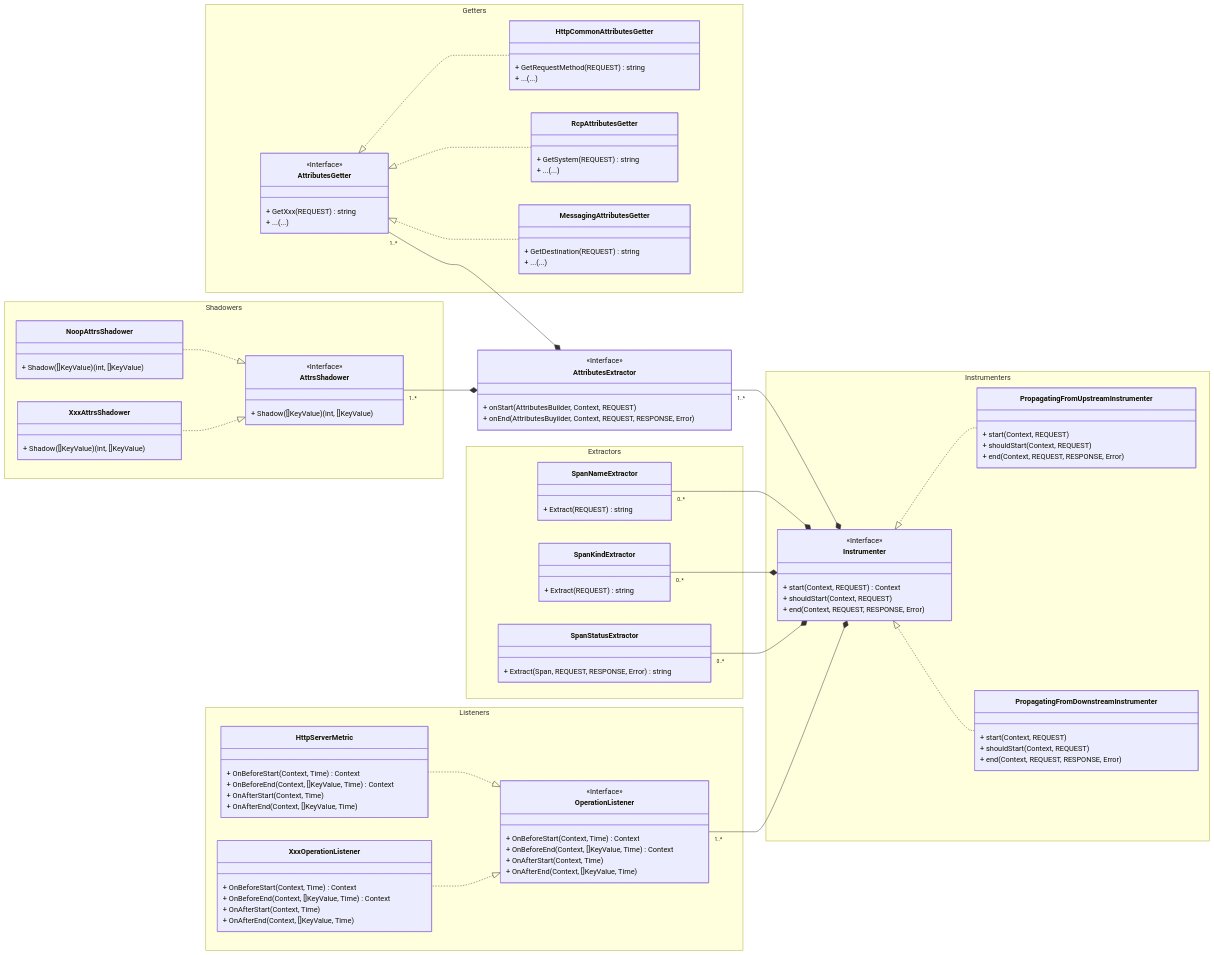
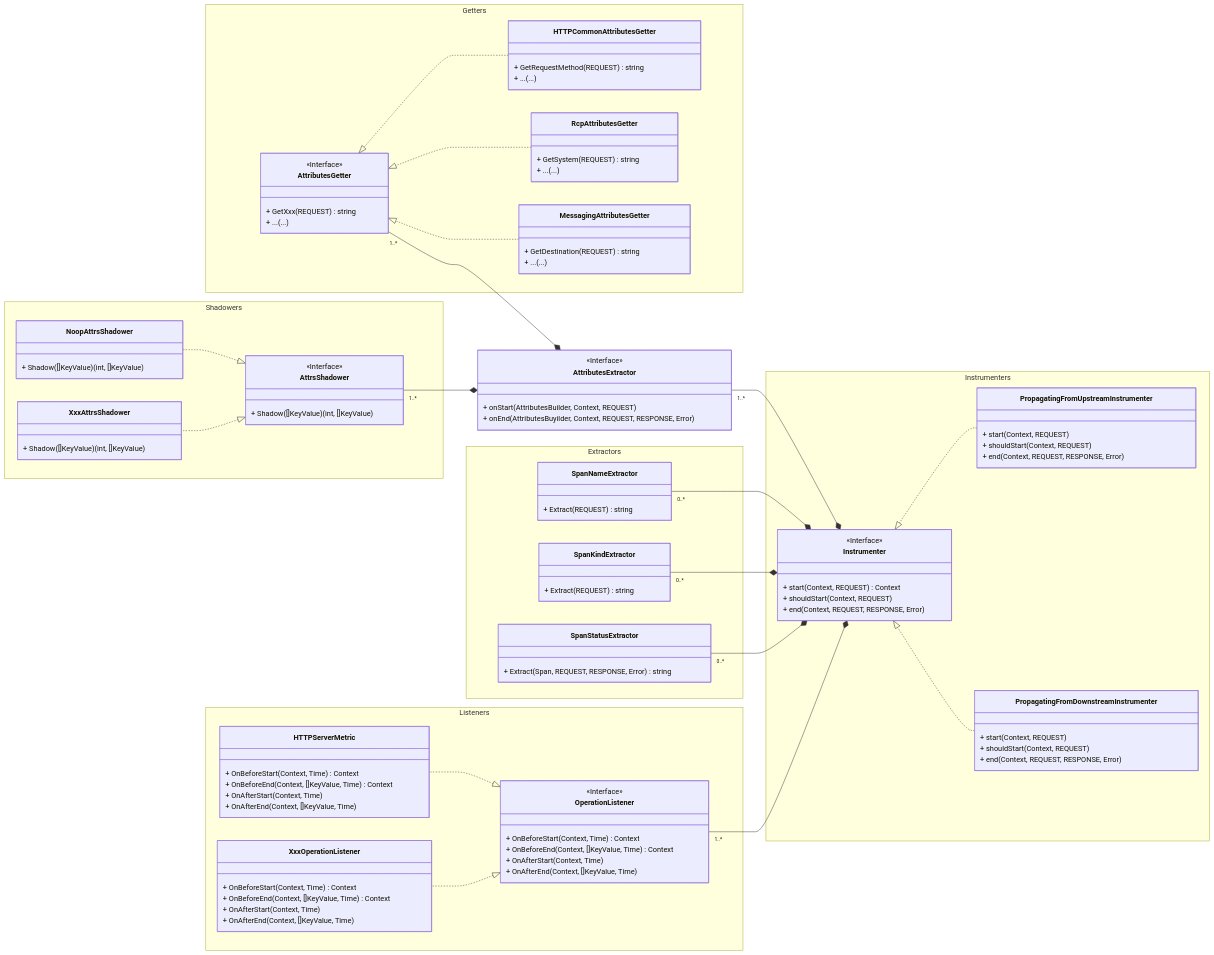
One commit to y1yang0/opentelemetry-go-compile-instrumentation changed the first of 2 diagrams in _docs/api-design-and-project-structure.md. Above: the diagram before and after it, drawn with Mermaid. The commit also changed other lines of this file and 28 other files, not shown here.

```diff
--- a/_docs/api-design-and-project-structure.md
+++ b/_docs/api-design-and-project-structure.md
@@ -55,7 +57,7 @@
             + GetXxx(REQUEST) string
             + ...(...)
         }
-        class HttpCommonAttributesGetter {
+        class HTTPCommonAttributesGetter {
             + GetRequestMethod(REQUEST) string
             + ...(...)
         }
@@ -69,7 +71,7 @@
         }
     }
 
-    HttpCommonAttributesGetter ..|> AttributesGetter
+    HTTPCommonAttributesGetter ..|> AttributesGetter
     RcpAttributesGetter ..|> AttributesGetter
     MessagingAttributesGetter ..|> AttributesGetter
 
@@ -122,7 +124,7 @@
             + OnAfterStart(Context, Time)
             + OnAfterEnd(Context, []KeyValue, Time)
         }
-        class HttpServerMetric {
+        class HTTPServerMetric {
             + OnBeforeStart(Context, Time) Context
             + OnBeforeEnd(Context, []KeyValue, Time) Context
             + OnAfterStart(Context, Time)
@@ -138,7 +140,7 @@
 
     Instrumenter *-- "1..*" OperationListener
 
-    OperationListener <|.. HttpServerMetric
+    OperationListener <|.. HTTPServerMetric
     OperationListener <|.. XxxOperationListener
 
     PropagatingFromUpstreamInstrumenter ..|> Instrumenter
```
